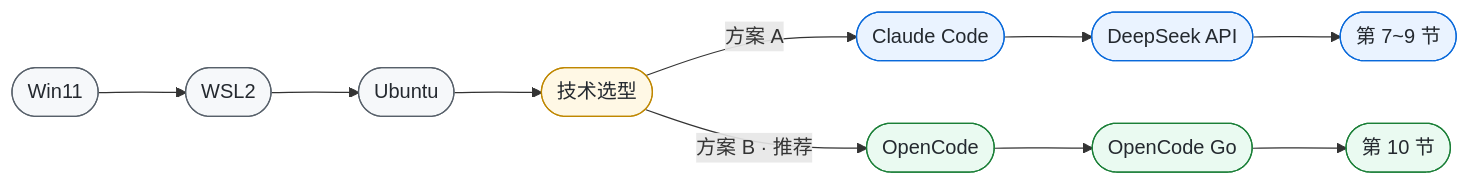
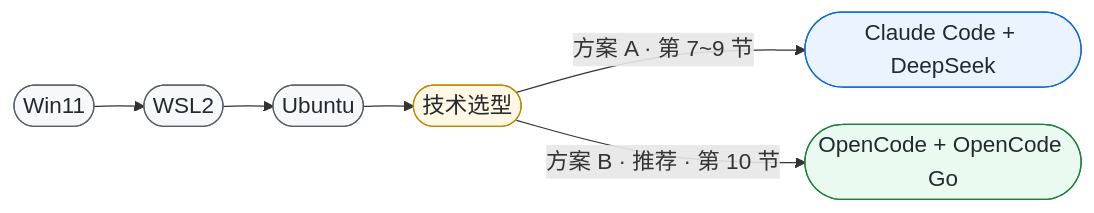
The diagram in README.md (QianRongAn/wsl2-ubuntu-ai-coding-setup), drawn with Mermaid before and after one commit. The commit also changed other lines of this file, not shown here.

Commit message:
docs: compress selection diagram to 6 nodes with larger font

````diff
--- a/README.md
+++ b/README.md
@@ -74,26 +74,17 @@
 ```mermaid
-%%{init: {"themeVariables": {"fontSize": "16px"}, "flowchart": {"nodeSpacing": 50, "rankSpacing": 70, "curve": "basis"}}}%%
+%%{init: {"themeVariables": {"fontSize": "18px"}, "flowchart": {"nodeSpacing": 30, "rankSpacing": 40, "curve": "basis", "padding": 6}}}%%
 flowchart LR
-    START(["Win11"]) --> WSL(["WSL2"])
-    WSL --> UB(["Ubuntu"])
-    UB --> SEL(["技术选型"])
-
-    SEL -->|"方案 A"| A1(["Claude Code"])
-    SEL -->|"方案 B · 推荐"| B1(["OpenCode"])
-
-    A1 --> A2(["DeepSeek API"])
-    B1 --> B2(["OpenCode Go"])
-
-    A2 --> A3(["第 7~9 节"])
-    B2 --> B3(["第 10 节"])
+    A(["Win11"]) --> B(["WSL2"]) --> C(["Ubuntu"]) --> D(["技术选型"])
+    D -->|"方案 A · 第 7~9 节"| E(["Claude Code + DeepSeek"])
+    D -->|"方案 B · 推荐 · 第 10 节"| F(["OpenCode + OpenCode Go"])
 
     classDef base fill:#f6f8fa,stroke:#57606a,color:#24292f
     classDef pick fill:#fff8e5,stroke:#bf8700,color:#24292f
     classDef a fill:#eaf3ff,stroke:#0969da,color:#24292f
     classDef b fill:#eafaf1,stroke:#1a7f37,color:#24292f
 
-    class START,WSL,UB base
-    class SEL pick
-    class A1,A2,A3 a
-    class B1,B2,B3 b
+    class A,B,C base
+    class D pick
+    class E a
+    class F b
 ```
````
